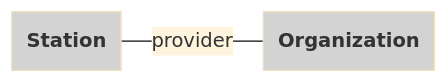
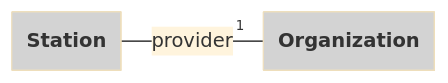
One commit to zazuko/opentransportdata-swiss changed the first of 3 diagrams in datamodel.md. Above: the diagram before and after it, drawn with Mermaid (base theme). The commit also changed other lines of this file and 1 other file, not shown here.

````diff
--- a/datamodel.md
+++ b/datamodel.md
@@ -15,14 +15,14 @@
 ```mermaid
 ---
   config:
     class:
       hideEmptyMembersBox: true
 ---
 classDiagram
     direction LR    
 
-    Station -- Organization : provider
+    Station -- "1" Organization : provider
 
     style Station fill:lightgray
     style Organization fill:lightgray
 ```
````
